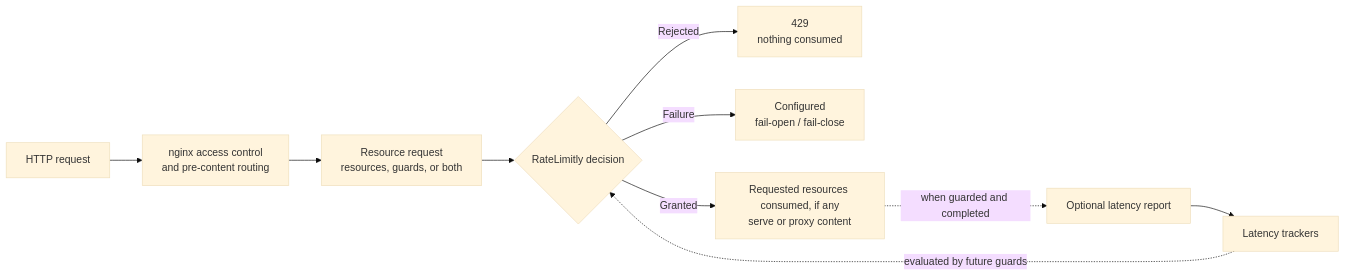
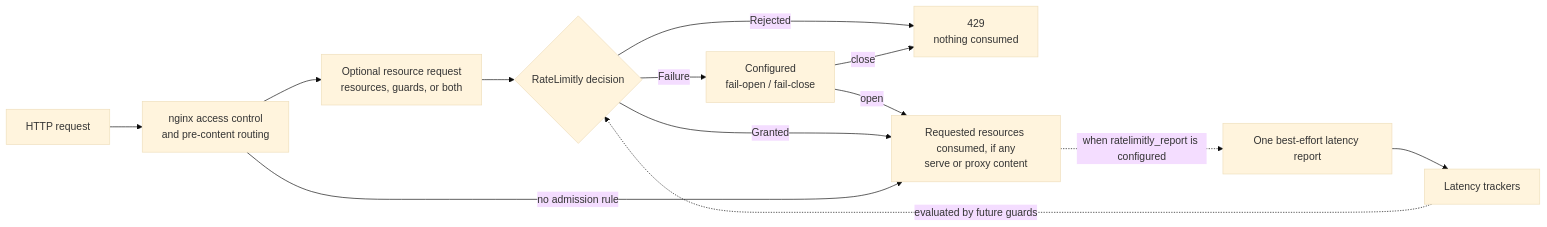
The diagram in README.md (ratelimitly-com/rl-nginx), drawn with Mermaid (base theme) before and after one commit. The commit also changed other lines of this file and 14 other files, not shown here.

Commit message:
Separate latency trackers from guards and add explicit latency reporting (#89)

````diff
--- a/README.md
+++ b/README.md
@@ -44,12 +43,15 @@
 ```mermaid
 flowchart LR
     HTTP["HTTP request"] --> Checks["nginx access control<br/>and pre-content routing"]
-    Checks --> Request["Resource request<br/>resources, guards, or both"]
+    Checks --> Request["Optional resource request<br/>resources, guards, or both"]
     Request --> Decision{"RateLimitly decision"}
     Decision -->|Rejected| Deny["429<br/>nothing consumed"]
     Decision -->|Failure| Policy["Configured<br/>fail-open / fail-close"]
+    Policy -->|open| Content
+    Policy -->|close| Deny
     Decision -->|Granted| Content["Requested resources consumed, if any<br/>serve or proxy content"]
-    Content -. "when guarded and completed" .-> Report["Optional latency report"]
+    Checks -->|no admission rule| Content
+    Content -. "when ratelimitly_report is configured" .-> Report["One best-effort latency report"]
     Report --> Trackers["Latency trackers"]
     Trackers -. "evaluated by future guards" .-> Decision
 ```
````
